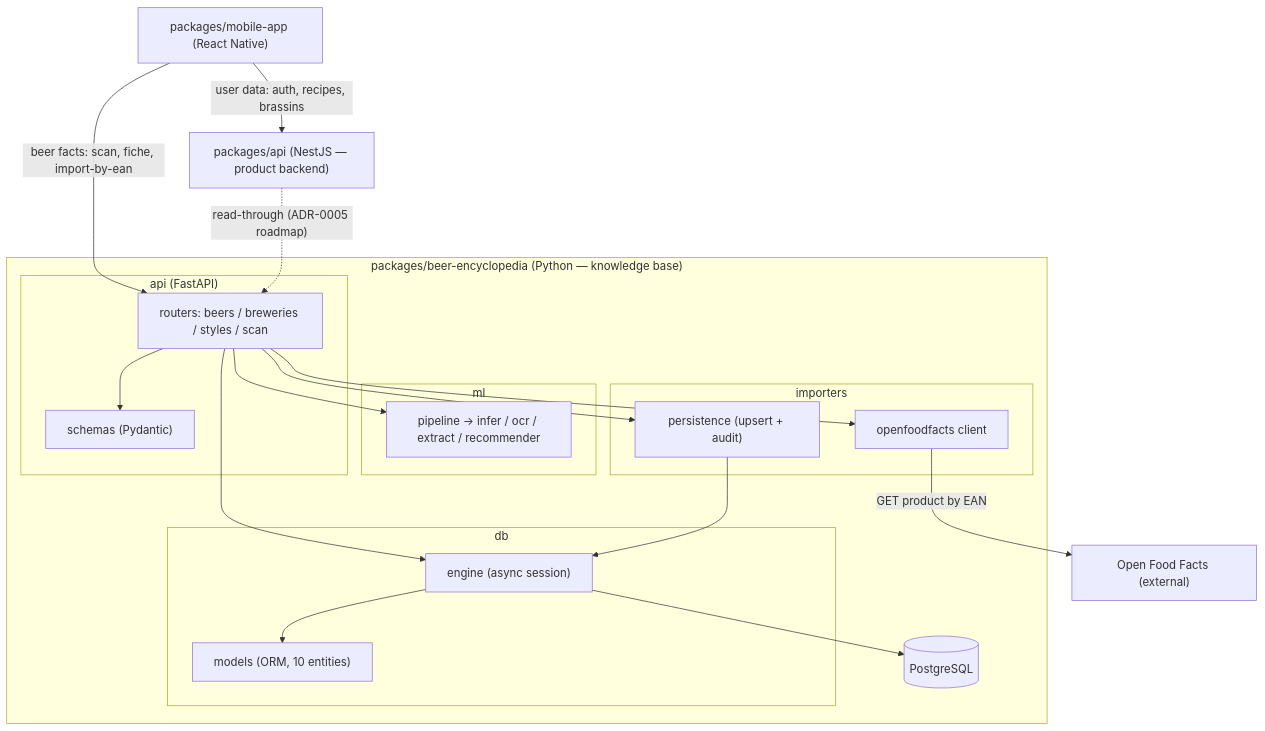
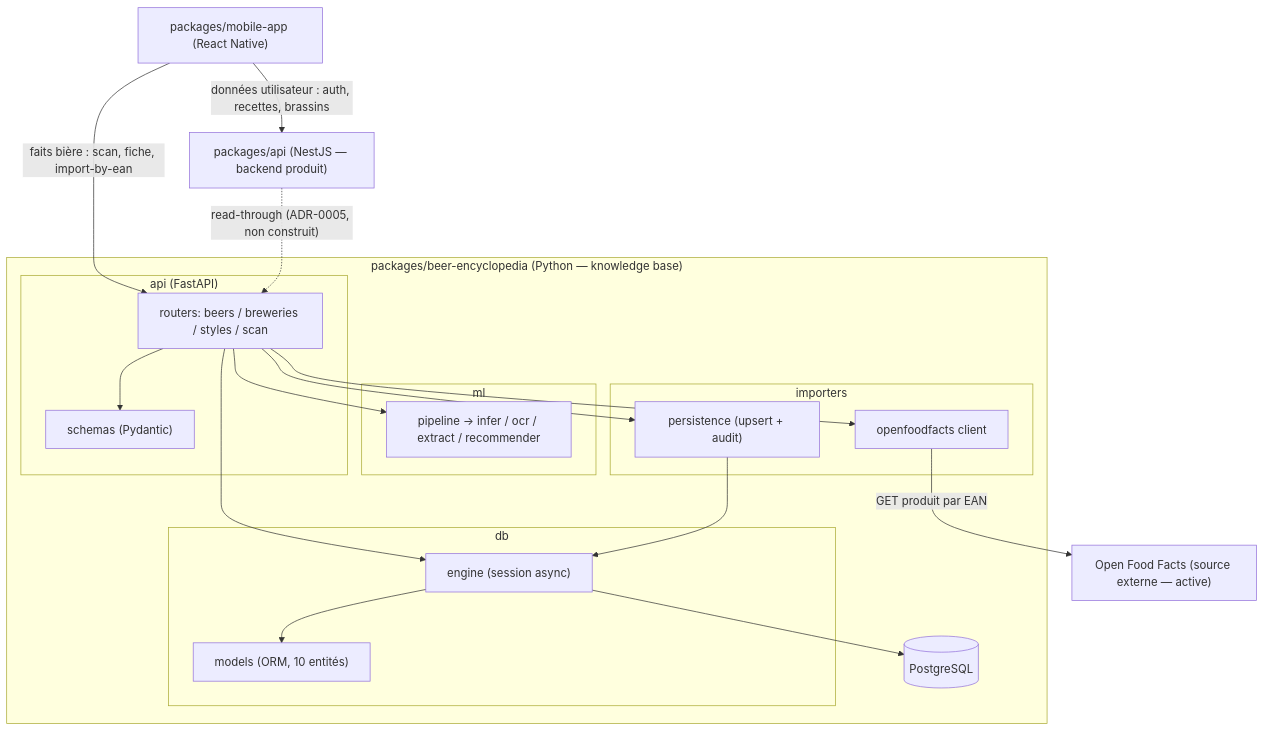
The first of 2 diagrams in docs/architecture/diagrams/beer-encyclopedia/03-component.md (benoit-bremaud/brasse-bouillon), drawn with Mermaid before and after one commit. The commit also changed other lines of this file and 2 other files, not shown here.

First line of the commit message:
docs(beer-encyclopedia): review component diagram (FR + PlantUML, simple-first)

````diff
--- a/docs/architecture/diagrams/beer-encyclopedia/03-component.md
+++ b/docs/architecture/diagrams/beer-encyclopedia/03-component.md
@@ -15,39 +22,39 @@
 ```mermaid
 flowchart TB
   Mobile["packages/mobile-app (React Native)"]
-  NestJS["packages/api (NestJS — product backend)"]
-  OFF["Open Food Facts (external)"]
+  NestJS["packages/api (NestJS — backend produit)"]
+  OFF["Open Food Facts (source externe — active)"]
 
   subgraph PY ["packages/beer-encyclopedia (Python — knowledge base)"]
     subgraph APIL ["api (FastAPI)"]
       Routers["routers: beers / breweries / styles / scan"]
       Schemas["schemas (Pydantic)"]
     end
     subgraph MLL ["ml"]
       Pipeline["pipeline → infer / ocr / extract / recommender"]
     end
     subgraph IMP ["importers"]
       OFFClient["openfoodfacts client"]
       Persist["persistence (upsert + audit)"]
     end
     subgraph DBL ["db"]
-      Engine["engine (async session)"]
-      Models["models (ORM, 10 entities)"]
+      Engine["engine (session async)"]
+      Models["models (ORM, 10 entités)"]
     end
     PG[("PostgreSQL")]
   end
 
-  Mobile -->|"beer facts: scan, fiche, import-by-ean"| Routers
-  Mobile -->|"user data: auth, recipes, brassins"| NestJS
-  NestJS -.->|"read-through (ADR-0005 roadmap)"| Routers
+  Mobile -->|"faits bière : scan, fiche, import-by-ean"| Routers
+  Mobile -->|"données utilisateur : auth, recettes, brassins"| NestJS
+  NestJS -.->|"read-through (ADR-0005, non construit)"| Routers
 
   Routers --> Schemas
   Routers --> Pipeline
   Routers --> Engine
   Routers --> OFFClient
   Routers --> Persist
-  OFFClient -->|"GET product by EAN"| OFF
+  OFFClient -->|"GET produit par EAN"| OFF
   Persist --> Engine
   Engine --> Models
   Engine --> PG
 ```
````
